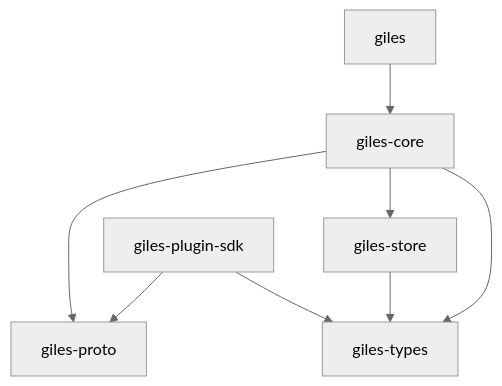
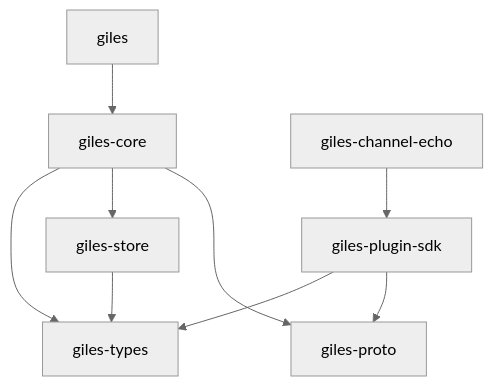
One commit to jennings/giles changed the diagram in Docs/technical/workspace.md. Above: the diagram before and after it, drawn with Mermaid (neutral theme). The commit also changed other lines of this file and 6 other files, not shown here.

Commit message:
test(plugin-sdk): echo channel plugin and launch tests

````diff
--- a/Docs/technical/workspace.md
+++ b/Docs/technical/workspace.md
@@ -26,10 +26,11 @@
 ```mermaid
 flowchart TD
   giles --> core[giles-core]
   core --> types[giles-types]
   core --> store[giles-store]
   core --> proto[giles-proto]
   sdk[giles-plugin-sdk] --> types
   sdk --> proto
   store --> types
+  echo[giles-channel-echo] --> sdk
 ```
````
